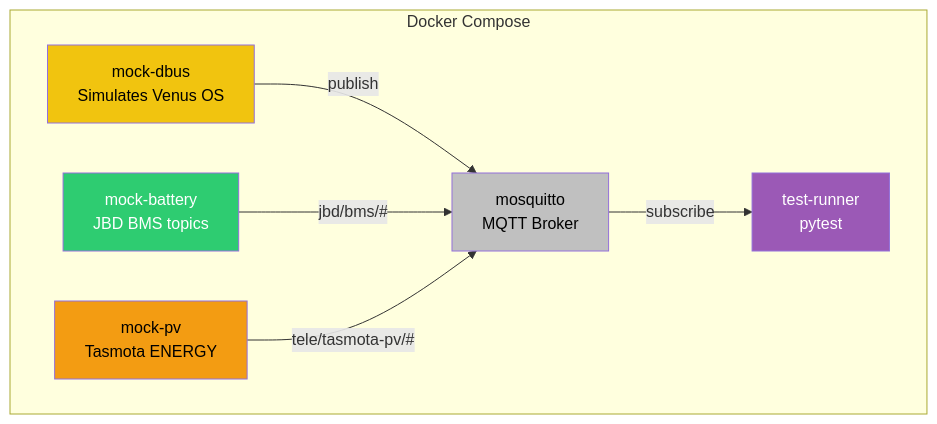
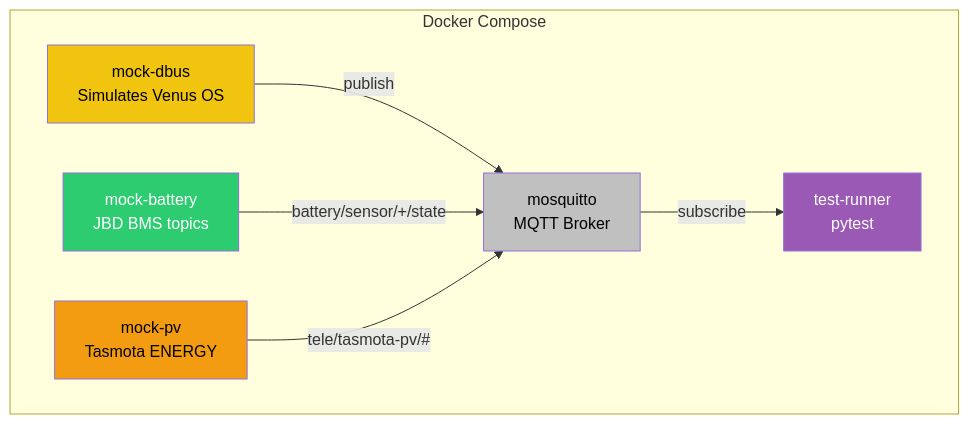
One commit to victron-venus/integration-tests changed the diagram in README.md. Above: the diagram before and after it, drawn with Mermaid. The commit also changed other lines of this file, not shown here.

Commit message:
docs: align battery mock MQTT topic references

````diff
--- a/README.md
+++ b/README.md
@@ -27,21 +27,21 @@
 ```mermaid
 flowchart TB
     subgraph Docker["Docker Compose"]
         MQTT["mosquitto\nMQTT Broker"]
         DBD["mock-dbus\nSimulates Venus OS"]
         BAT["mock-battery\nJBD BMS topics"]
         PV["mock-pv\nTasmota ENERGY"]
         TEST["test-runner\npytest"]
     end
 
     DBD -->|"publish"| MQTT
-    BAT -->|"jbd/bms/#"| MQTT
+    BAT -->|"battery/sensor/+/state"| MQTT
     PV -->|"tele/tasmota-pv/#"| MQTT
     MQTT -->|"subscribe"| TEST
 
     style MQTT fill:#c0c0c0,color:#000
     style DBD fill:#f1c40f,color:#000
     style BAT fill:#2ecc71,color:#fff
     style PV fill:#f39c12,color:#000
     style TEST fill:#9b59b6,color:#fff
 ```
````
